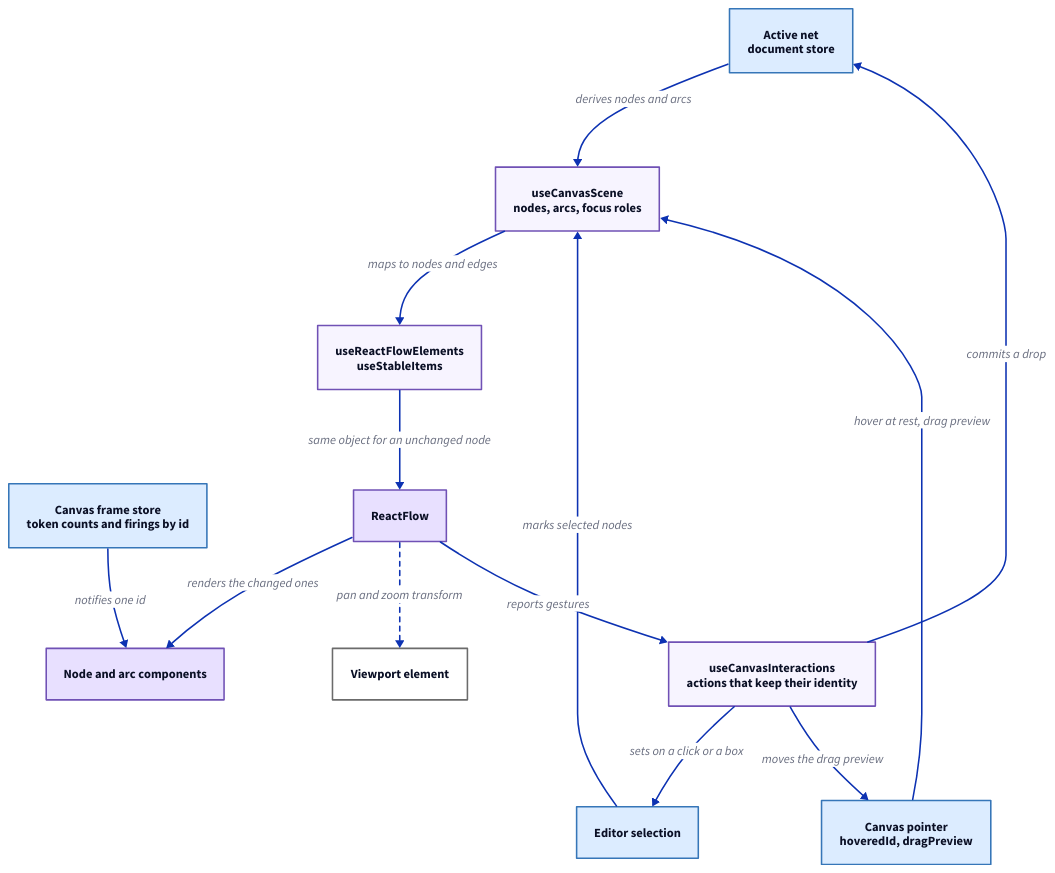
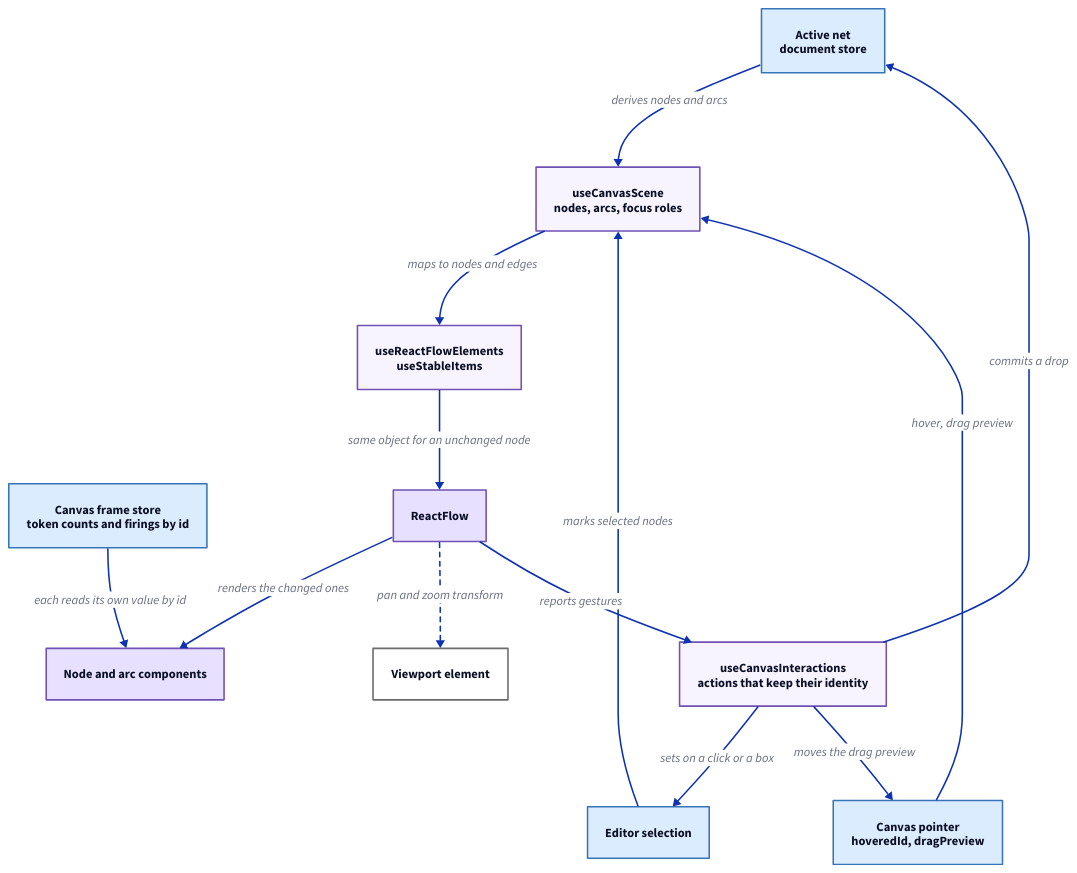
Before and after one commit to hashintel/hash: the diagram in libs/@hashintel/petrinaut/src/ui/views/SDCPN/canvas-flow.d2, drawn with D2. The commit also changed 1 other file, not shown here.

```diff
--- a/libs/@hashintel/petrinaut/src/ui/views/SDCPN/canvas-flow.d2
+++ b/libs/@hashintel/petrinaut/src/ui/views/SDCPN/canvas-flow.d2
@@ -1,37 +1,37 @@
 # Hand-written; rendered by the arch-docs build. React components and hooks
 # use the purple palette, stores the blue one.
 direction: down
 
 vars: {
   d2-legend: {
-    a -> b: renders through React
+    a -> b: passes data or calls
     a -> b: writes each frame {style.stroke-dash: 3}
     a.style.opacity: 0
     b.style.opacity: 0
   }
 }
 
 net: "Active net\ndocument store" {style.fill: "#dcecff"; style.stroke: "#3676b8"}
 selection: "Editor selection" {style.fill: "#dcecff"; style.stroke: "#3676b8"}
 pointer: "Canvas pointer\nhoveredId, dragPreview" {style.fill: "#dcecff"; style.stroke: "#3676b8"}
 frames: "Canvas frame store\ntoken counts and firings by id" {style.fill: "#dcecff"; style.stroke: "#3676b8"}
 
 scene: "useCanvasScene\nnodes, arcs, focus roles" {style.fill: "#f7f4ff"; style.stroke: "#7051b5"}
 elements: "useReactFlowElements\nuseStableItems" {style.fill: "#f7f4ff"; style.stroke: "#7051b5"}
 flow: "ReactFlow" {style.fill: "#e8e0ff"; style.stroke: "#7051b5"}
 items: "Node and arc components" {style.fill: "#e8e0ff"; style.stroke: "#7051b5"}
 pane: "Viewport element" {style.fill: "#ffffff"; style.stroke: "#6b6b6b"}
 interactions: "useCanvasInteractions\nactions that keep their identity" {style.fill: "#f7f4ff"; style.stroke: "#7051b5"}
 
 net -> scene: "derives nodes and arcs"
 selection -> scene: "marks selected nodes"
-pointer -> scene: "hover at rest, drag preview"
+pointer -> scene: "hover, drag preview"
 scene -> elements: "maps to nodes and edges"
 elements -> flow: "same object for an unchanged node"
 flow -> items: "renders the changed ones"
-frames -> items: "notifies one id"
+frames -> items: "each reads its own value by id"
 flow -> pane: "pan and zoom transform" {style.stroke-dash: 3}
 flow -> interactions: "reports gestures"
 interactions -> selection: "sets on a click or a box"
 interactions -> pointer: "moves the drag preview"
 interactions -> net: "commits a drop"
```
